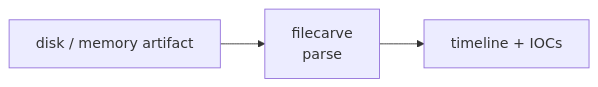
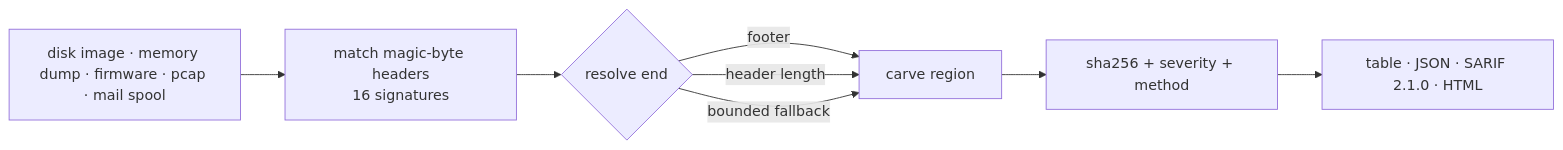
The diagram in README.md (cognis-digital/filecarve), drawn with Mermaid before and after one commit. The commit also changed other lines of this file and 14 other files, not shown here.

````diff
--- a/README.md
+++ b/README.md
@@ -156,5 +209,10 @@
 ```mermaid
 flowchart LR
-  IN[disk / memory artifact] --> P[filecarve<br/>parse]
-  P --> OUT[timeline + IOCs]
+  IN[disk image · memory dump · firmware · pcap · mail spool] --> H[match magic-byte headers<br/>16 signatures]
+  H --> E{resolve end}
+  E -->|footer| C[carve region]
+  E -->|header length| C
+  E -->|bounded fallback| C
+  C --> S[sha256 + severity + method]
+  S --> OUT[table · JSON · SARIF 2.1.0 · HTML]
 ```
````
